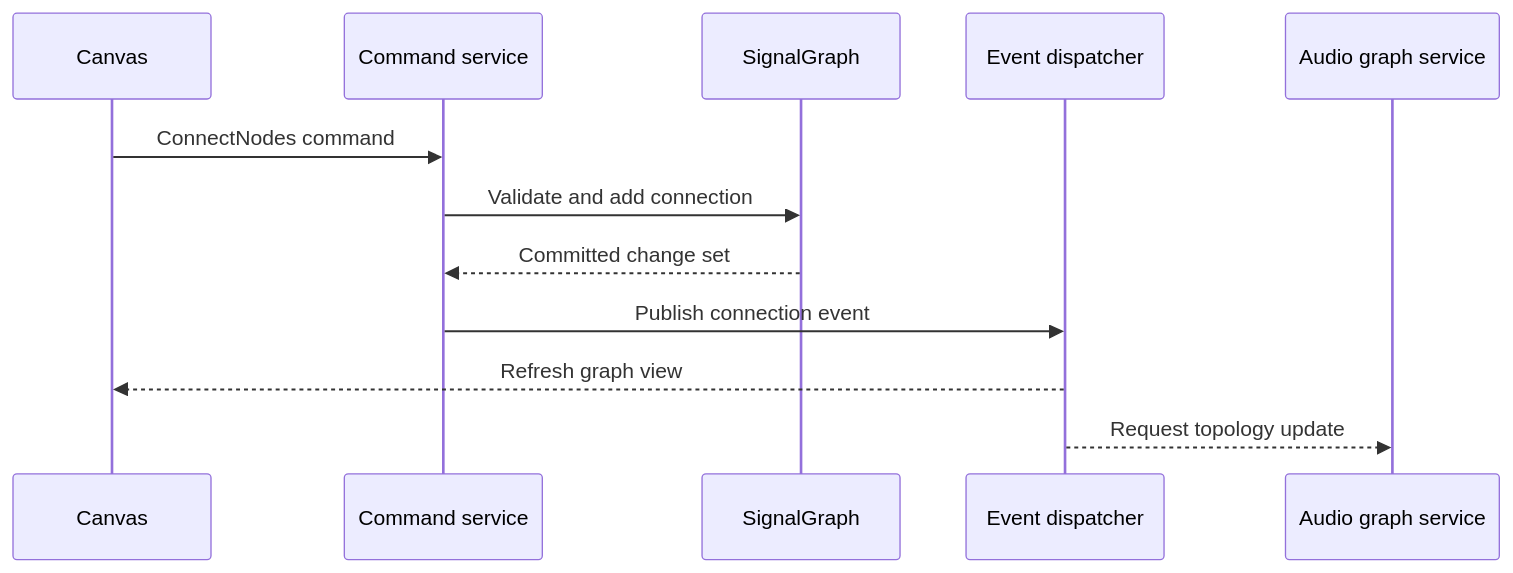
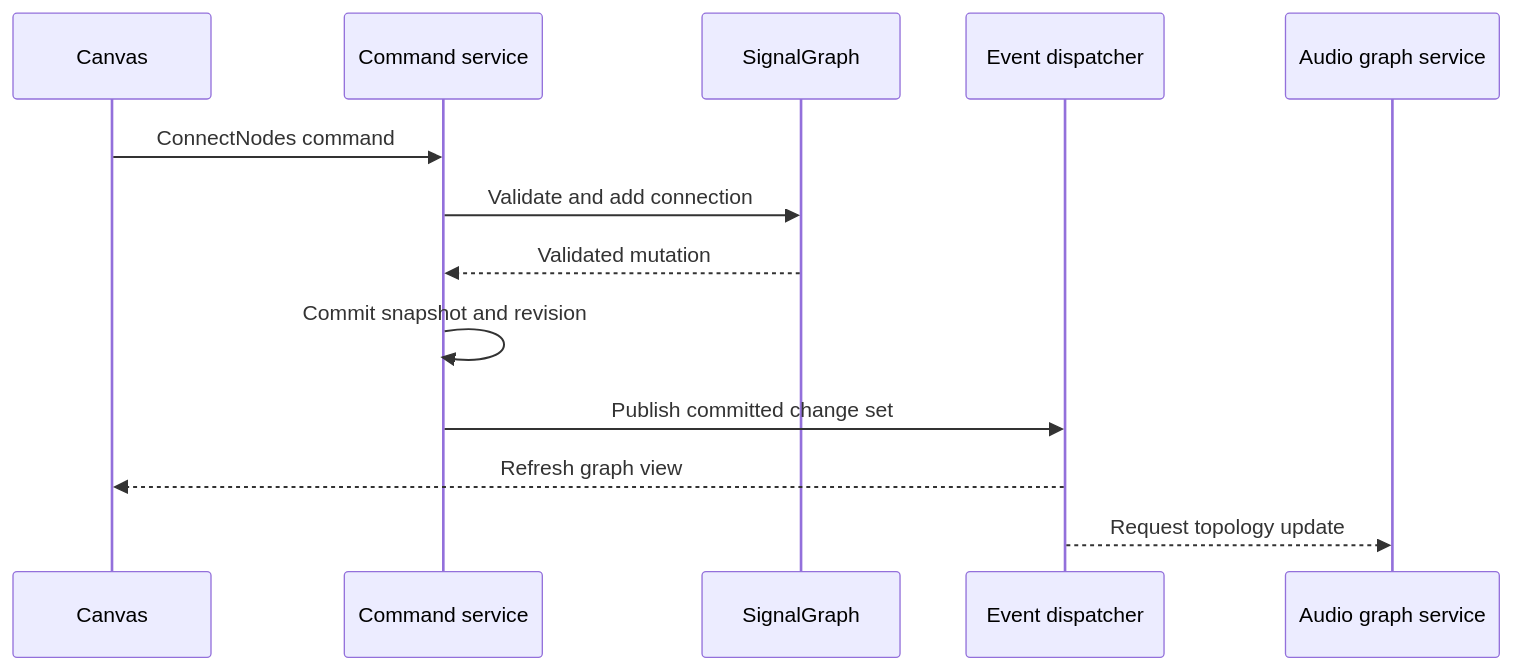
The ninth of 14 diagrams in ORBIT2-ARCHITECTURE.md (wgabel/orbit2), drawn with Mermaid before and after one commit. The commit also changed other lines of this file and 25 other files, not shown here.

Commit message:
Add patch session commands and revisioned graph events

```diff
--- a/ORBIT2-ARCHITECTURE.md
+++ b/ORBIT2-ARCHITECTURE.md
@@ -861,14 +841,15 @@
 ~~~mermaid
 sequenceDiagram
     participant UI as Canvas
     participant App as Command service
     participant Graph as SignalGraph
     participant Bus as Event dispatcher
     participant DSP as Audio graph service
     UI->>App: ConnectNodes command
     App->>Graph: Validate and add connection
-    Graph-->>App: Committed change set
-    App->>Bus: Publish connection event
+    Graph-->>App: Validated mutation
+    App->>App: Commit snapshot and revision
+    App->>Bus: Publish committed change set
     Bus-->>UI: Refresh graph view
     Bus-->>DSP: Request topology update
 ~~~
```
